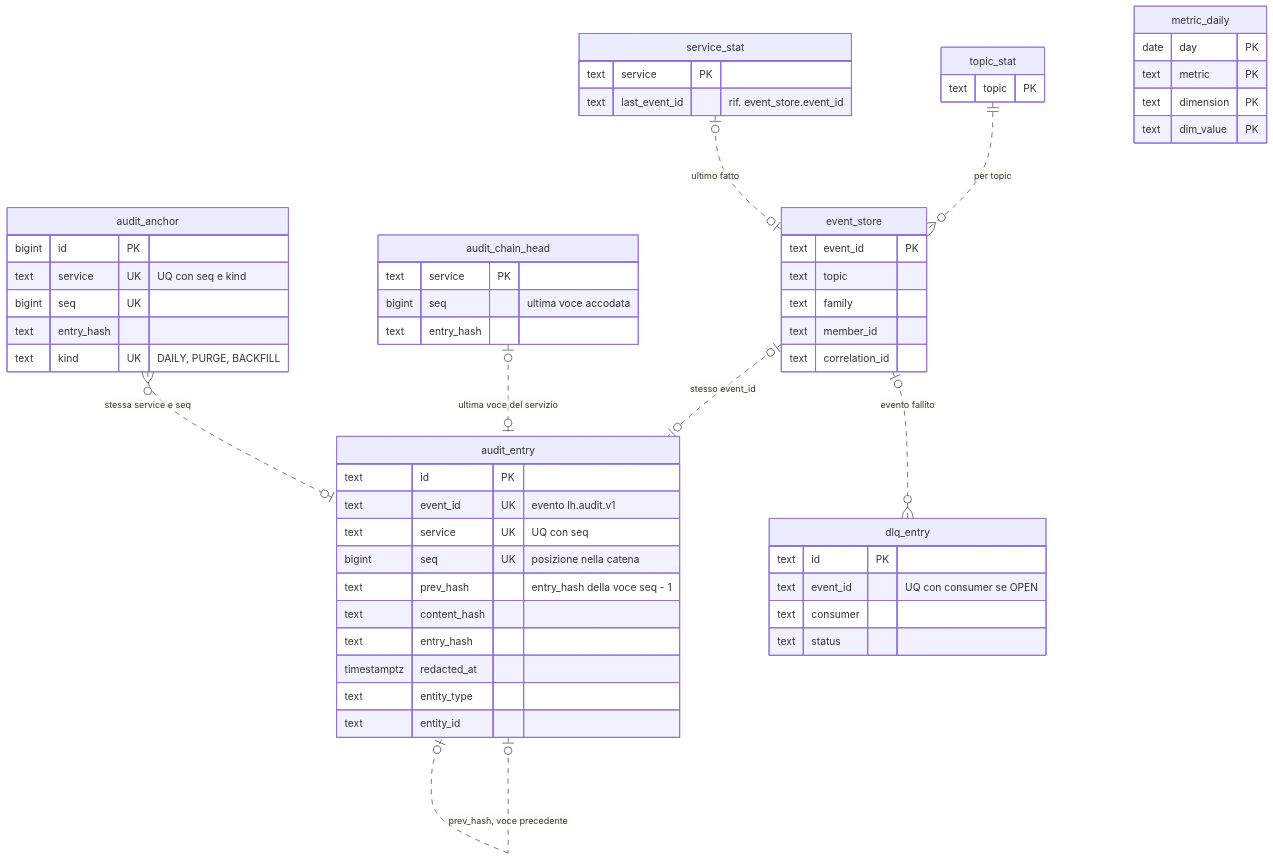
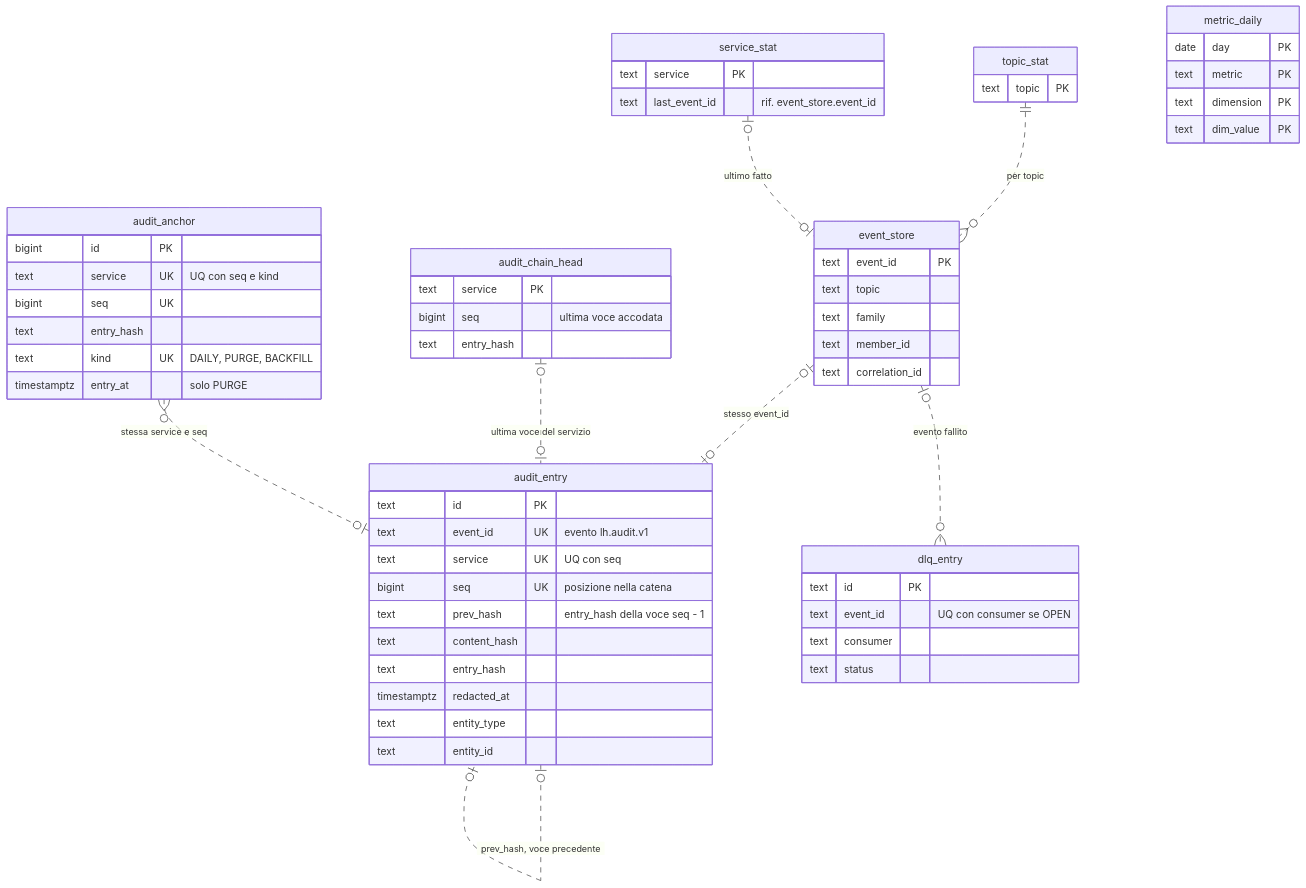
Before and after one commit to peppe-ruv/Loyalty_Sys: the first of 4 diagrams in docs/servizi/insight-service.md, drawn with Mermaid. The commit also changed other lines of this file and 6 other files, not shown here.

````diff
--- a/docs/servizi/insight-service.md
+++ b/docs/servizi/insight-service.md
@@ -23,62 +23,63 @@
 ```mermaid
 erDiagram
   accTitle: Tabelle dello schema insight
   accDescr: L'event store conserva gli eventi dei cinque topic; le statistiche per topic e per servizio ne riassumono l'ultimo arrivo; audit e DLQ hanno una voce per evento; le voci di audit di un servizio sono in catena, con una testa per servizio e ancore registrate a parte; le metriche giornaliere sono aggregati indipendenti.
   event_store {
     text event_id PK
     text topic
     text family
     text member_id
     text correlation_id
   }
   topic_stat {
     text topic PK
   }
   service_stat {
     text service PK
     text last_event_id "rif. event_store.event_id"
   }
   audit_entry {
     text id PK
     text event_id UK "evento lh.audit.v1"
     text service UK "UQ con seq"
     bigint seq UK "posizione nella catena"
     text prev_hash "entry_hash della voce seq - 1"
     text content_hash
     text entry_hash
     timestamptz redacted_at
     text entity_type
     text entity_id
   }
   audit_chain_head {
     text service PK
     bigint seq "ultima voce accodata"
     text entry_hash
   }
   audit_anchor {
     bigint id PK
     text service UK "UQ con seq e kind"
     bigint seq UK
     text entry_hash
     text kind UK "DAILY, PURGE, BACKFILL"
+    timestamptz entry_at "solo PURGE"
   }
   dlq_entry {
     text id PK
     text event_id "UQ con consumer se OPEN"
     text consumer
     text status
   }
   metric_daily {
     date day PK
     text metric PK
     text dimension PK
     text dim_value PK
   }
   topic_stat ||..o{ event_store : "per topic"
   service_stat |o..o| event_store : "ultimo fatto"
   event_store |o..o| audit_entry : "stesso event_id"
   event_store |o..o{ dlq_entry : "evento fallito"
   audit_entry |o..o| audit_entry : "prev_hash, voce precedente"
   audit_chain_head |o..o| audit_entry : "ultima voce del servizio"
   audit_anchor }o..o| audit_entry : "stessa service e seq"
 ```
````
